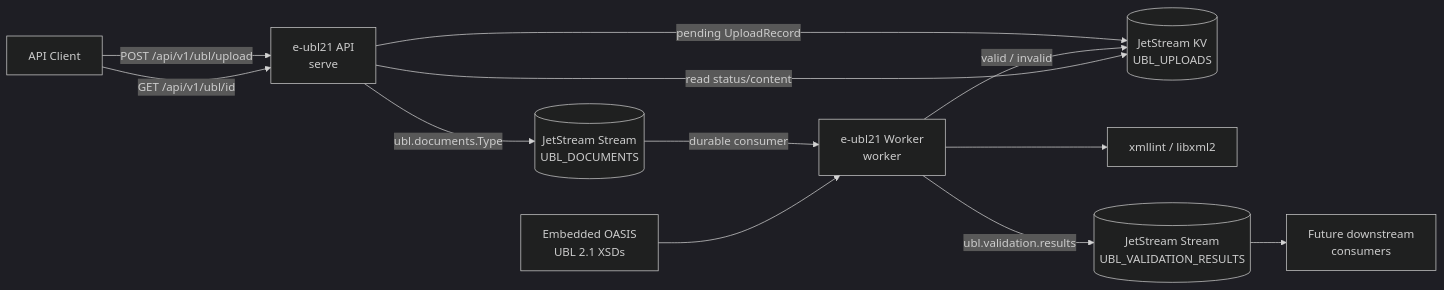
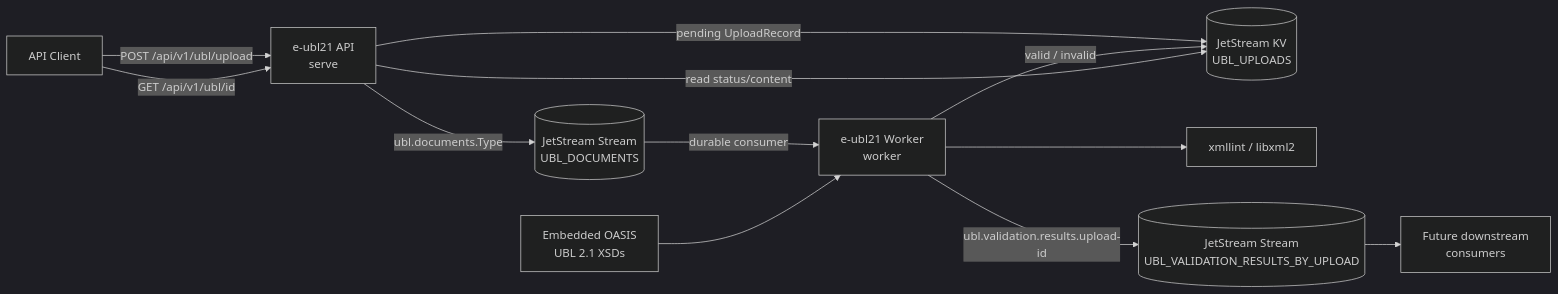
Before and after one commit to PaddyFrenchman/e-ubl21: the first of 4 diagrams in SERVER-DATAFLOW-2026-08-24.md, drawn with Mermaid (dark theme). The commit also changed other lines of this file and 11 other files, not shown here.

````diff
--- a/SERVER-DATAFLOW-2026-08-24.md
+++ b/SERVER-DATAFLOW-2026-08-24.md
@@ -161,24 +161,24 @@
 ```mermaid
 flowchart LR
     C[API Client]
     API[e-ubl21 API\nserve]
     KV[(JetStream KV\nUBL_UPLOADS)]
     DOCS[(JetStream Stream\nUBL_DOCUMENTS)]
     W[e-ubl21 Worker\nworker]
     XSD[Embedded OASIS\nUBL 2.1 XSDs]
     XMLLINT[xmllint / libxml2]
-    RESULTS[(JetStream Stream\nUBL_VALIDATION_RESULTS)]
+    RESULTS[(JetStream Stream\nUBL_VALIDATION_RESULTS_BY_UPLOAD)]
     EXT[Future downstream\nconsumers]
 
     C -->|POST /api/v1/ubl/upload| API
     API -->|pending UploadRecord| KV
     API -->|ubl.documents.Type| DOCS
     DOCS -->|durable consumer| W
     XSD --> W
     W --> XMLLINT
     W -->|valid / invalid| KV
-    W -->|ubl.validation.results| RESULTS
+    W -->|ubl.validation.results.upload-id| RESULTS
     RESULTS --> EXT
     C -->|GET /api/v1/ubl/id| API
     API -->|read status/content| KV
 ```
````
